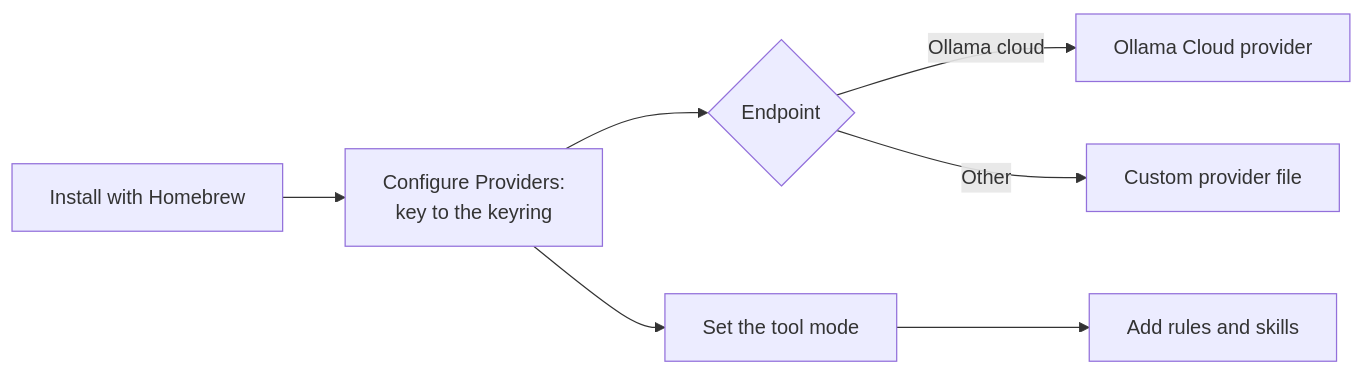
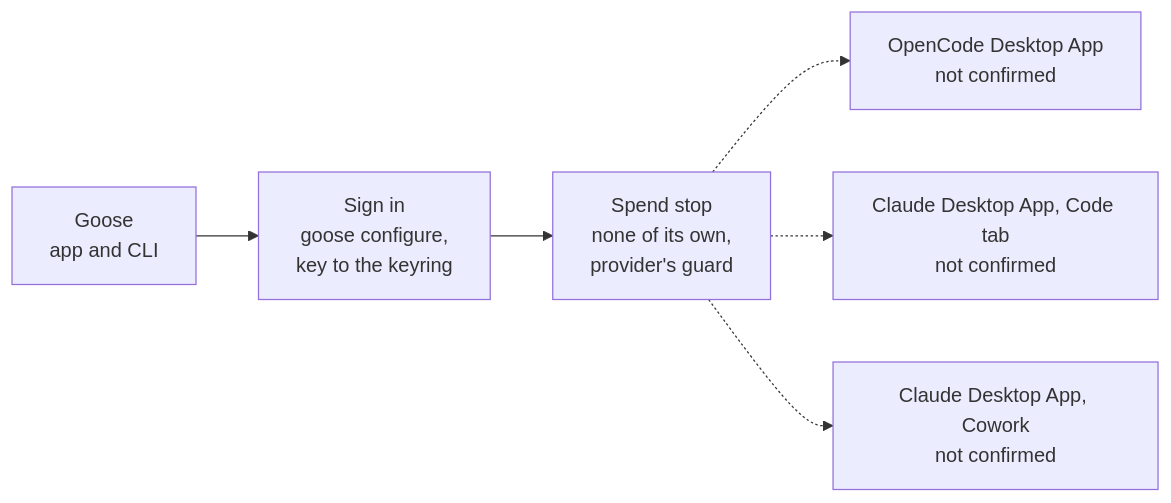
Before and after one commit to SoulCraft-Org/compute-crafter: the diagram in guides/goose.md, drawn with Mermaid. The commit also changed other lines of this file and 13 other files, not shown here.

First line of the commit message:
🎨 Guides batch 4: visual first (GitHub, Goose, Zed, Claude API) (#197)

````diff
--- a/guides/goose.md
+++ b/guides/goose.md
@@ -9,7 +5,7 @@
 ```mermaid
 flowchart LR
-  I[Install with Homebrew] --> P[Configure Providers:<br/>key to the keyring] --> E{Endpoint}
-  E -->|Ollama cloud| O[Ollama Cloud provider]
-  E -->|Other| C[Custom provider file]
-  P --> M[Set the tool mode] --> H[Add rules and skills]
+  P[Goose<br/>app and CLI] --> S[Sign in<br/>goose configure,<br/>key to the keyring] --> G[Spend stop<br/>none of its own,<br/>provider's guard]
+  G -.-> O[OpenCode Desktop App<br/>not confirmed]
+  G -.-> C[Claude Desktop App, Code tab<br/>not confirmed]
+  G -.-> W[Claude Desktop App, Cowork<br/>not confirmed]
 ```
````
